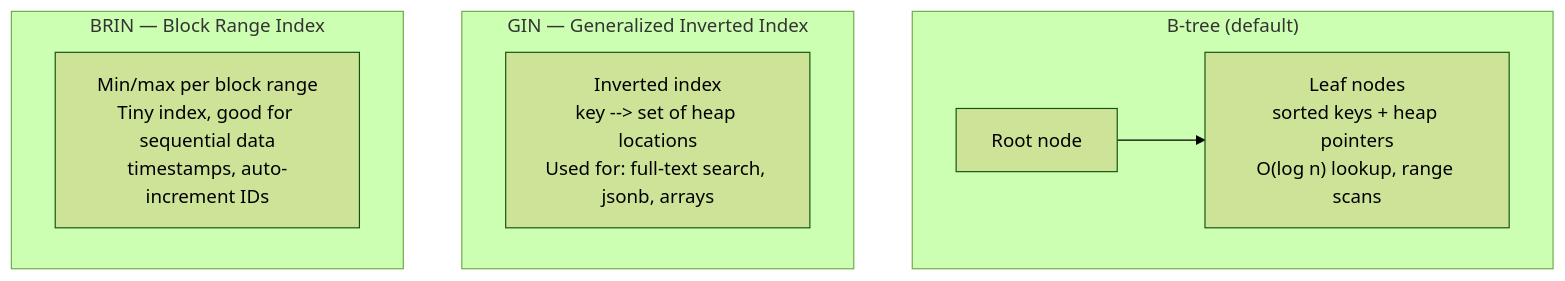
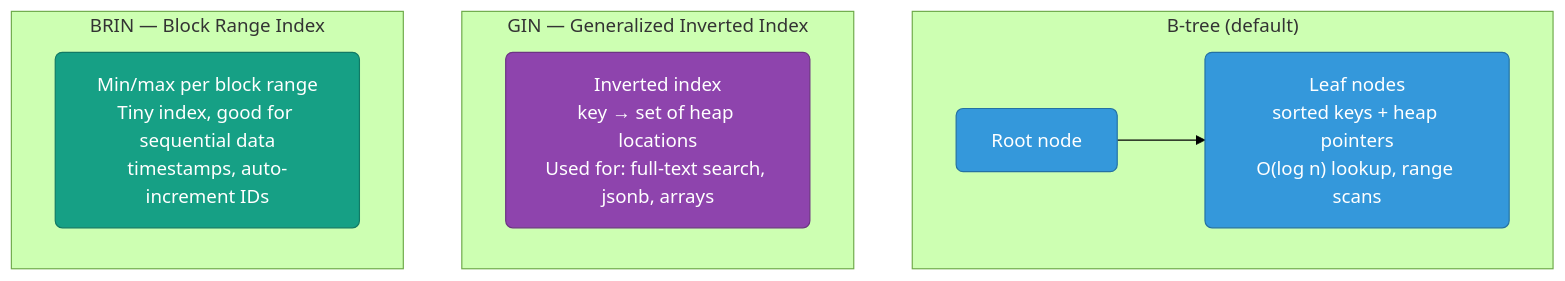
Before and after one commit to deepanshu-rawat6/DevOpsIndex: the fifth of 11 diagrams in databases/postgres-internals.md, drawn with Mermaid (forest theme). The commit also changed other lines of this file and 7 other files, not shown here.

````diff
--- a/databases/postgres-internals.md
+++ b/databases/postgres-internals.md
@@ -163,12 +303,16 @@
 ```mermaid
 graph TD
-    subgraph "B-tree (default)"
-        B["Root node"] --> L["Leaf nodes<br>sorted keys + heap pointers<br>O(log n) lookup, range scans"]
+    classDef btree fill:#3498db,stroke:#2471a3,color:#fff,rx:6
+    classDef gin fill:#8e44ad,stroke:#6c3483,color:#fff,rx:6
+    classDef brin fill:#16a085,stroke:#117a65,color:#fff,rx:6
+
+    subgraph BTG["B-tree (default)"]
+        B["Root node"]:::btree --> L["Leaf nodes<br/>sorted keys + heap pointers<br/>O(log n) lookup, range scans"]:::btree
     end
-    subgraph "GIN — Generalized Inverted Index"
-        G["Inverted index<br>key --> set of heap locations<br>Used for: full-text search, jsonb, arrays"]
+    subgraph GING["GIN — Generalized Inverted Index"]
+        G["Inverted index<br/>key → set of heap locations<br/>Used for: full-text search, jsonb, arrays"]:::gin
     end
-    subgraph "BRIN — Block Range Index"
-        BR["Min/max per block range<br>Tiny index, good for sequential data<br>timestamps, auto-increment IDs"]
+    subgraph BRING["BRIN — Block Range Index"]
+        BR["Min/max per block range<br/>Tiny index, good for sequential data<br/>timestamps, auto-increment IDs"]:::brin
     end
 ```
````
